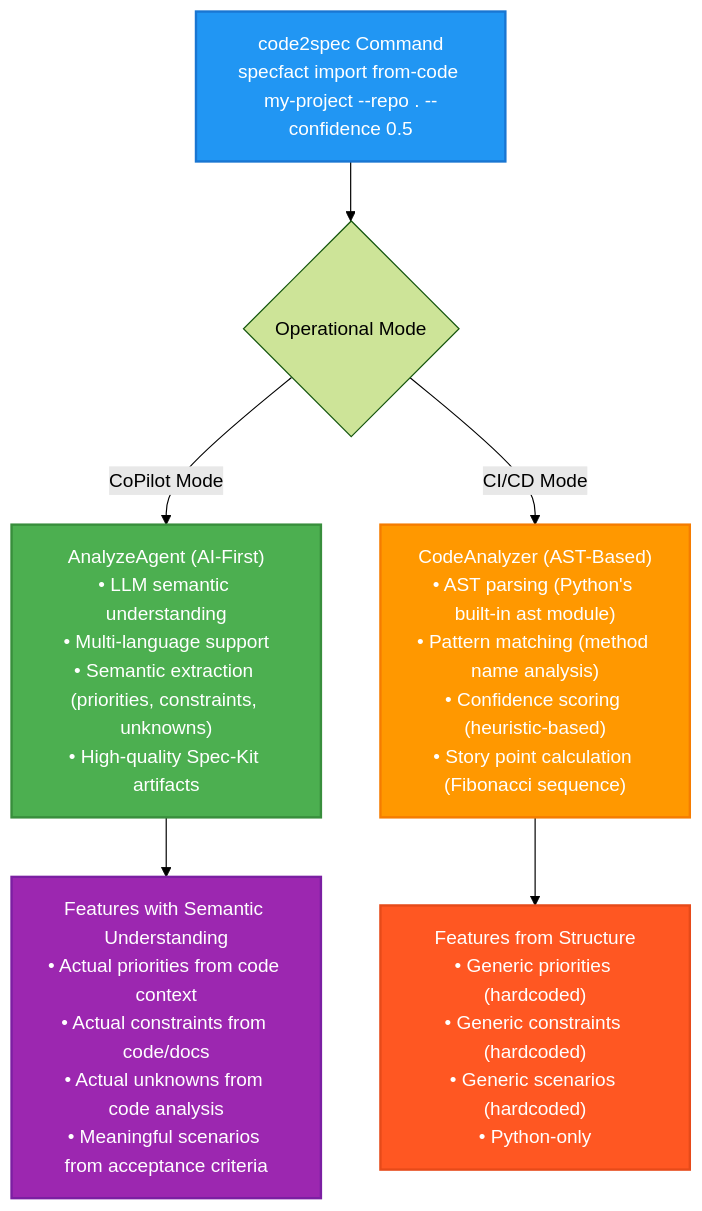
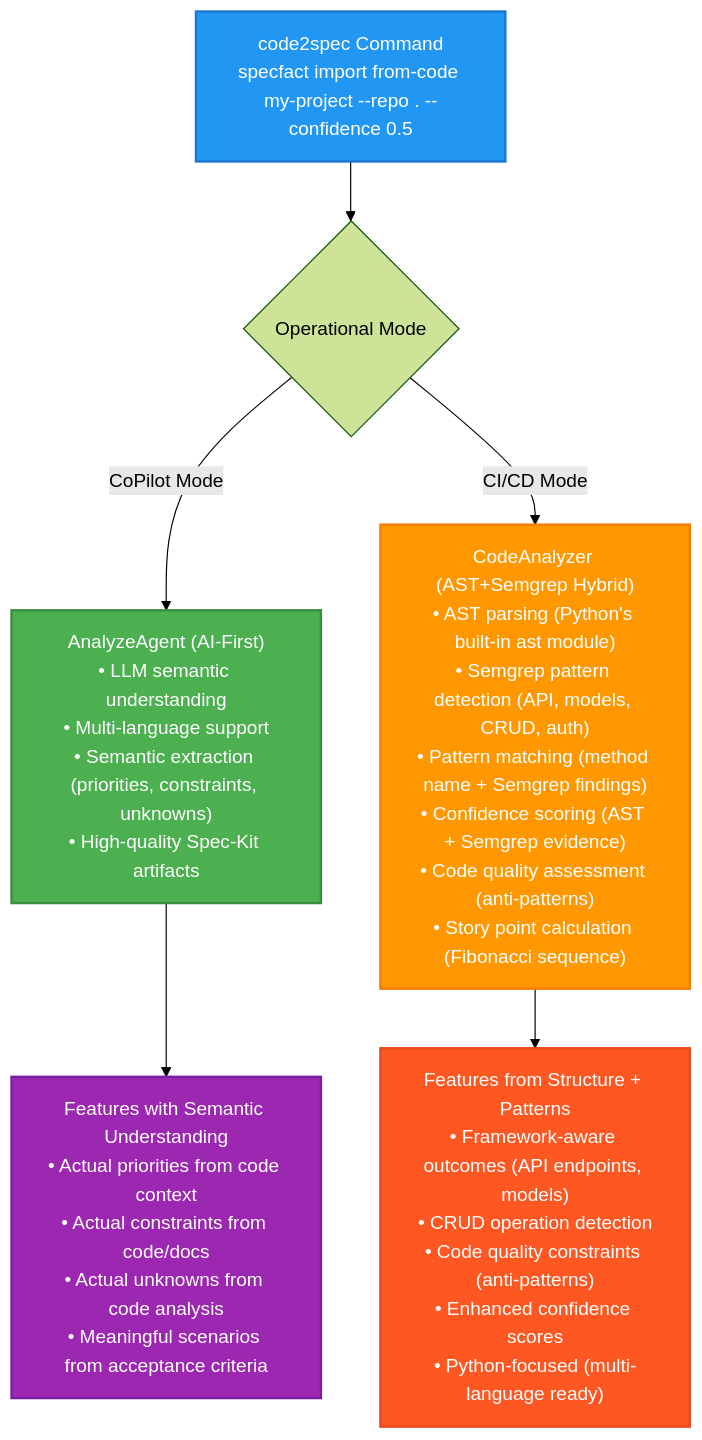
Before and after one commit to nold-ai/specfact-cli: the diagram in docs/technical/code2spec-analysis-logic.md, drawn with Mermaid (forest theme). The commit also changed other lines of this file and 32 other files, not shown here.

````diff
--- a/docs/technical/code2spec-analysis-logic.md
+++ b/docs/technical/code2spec-analysis-logic.md
@@ -62,18 +67,18 @@
 ```mermaid
 flowchart TD
     A["code2spec Command<br/>specfact import from-code my-project --repo . --confidence 0.5"] --> B{Operational Mode}
     
     B -->|CoPilot Mode| C["AnalyzeAgent (AI-First)<br/>• LLM semantic understanding<br/>• Multi-language support<br/>• Semantic extraction (priorities, constraints, unknowns)<br/>• High-quality Spec-Kit artifacts"]
     
-    B -->|CI/CD Mode| D["CodeAnalyzer (AST-Based)<br/>• AST parsing (Python's built-in ast module)<br/>• Pattern matching (method name analysis)<br/>• Confidence scoring (heuristic-based)<br/>• Story point calculation (Fibonacci sequence)"]
+    B -->|CI/CD Mode| D["CodeAnalyzer (AST+Semgrep Hybrid)<br/>• AST parsing (Python's built-in ast module)<br/>• Semgrep pattern detection (API, models, CRUD, auth)<br/>• Pattern matching (method name + Semgrep findings)<br/>• Confidence scoring (AST + Semgrep evidence)<br/>• Code quality assessment (anti-patterns)<br/>• Story point calculation (Fibonacci sequence)"]
     
     C --> E["Features with Semantic Understanding<br/>• Actual priorities from code context<br/>• Actual constraints from code/docs<br/>• Actual unknowns from code analysis<br/>• Meaningful scenarios from acceptance criteria"]
     
-    D --> F["Features from Structure<br/>• Generic priorities (hardcoded)<br/>• Generic constraints (hardcoded)<br/>• Generic scenarios (hardcoded)<br/>• Python-only"]
+    D --> F["Features from Structure + Patterns<br/>• Framework-aware outcomes (API endpoints, models)<br/>• CRUD operation detection<br/>• Code quality constraints (anti-patterns)<br/>• Enhanced confidence scores<br/>• Python-focused (multi-language ready)"]
     
     style A fill:#2196F3,stroke:#1976D2,stroke-width:2px,color:#fff
     style C fill:#4CAF50,stroke:#388E3C,stroke-width:2px,color:#fff
     style D fill:#FF9800,stroke:#F57C00,stroke-width:2px,color:#fff
     style E fill:#9C27B0,stroke:#7B1FA2,stroke-width:2px,color:#fff
     style F fill:#FF5722,stroke:#E64A19,stroke-width:2px,color:#fff
 ```
````
